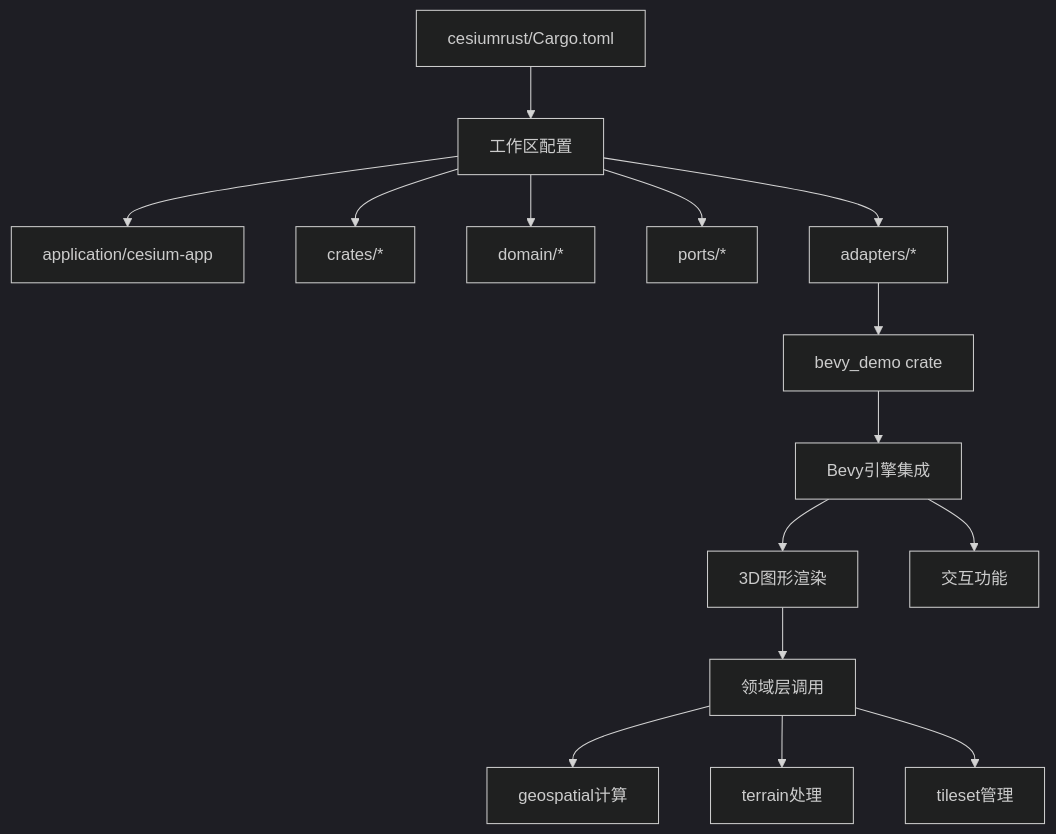
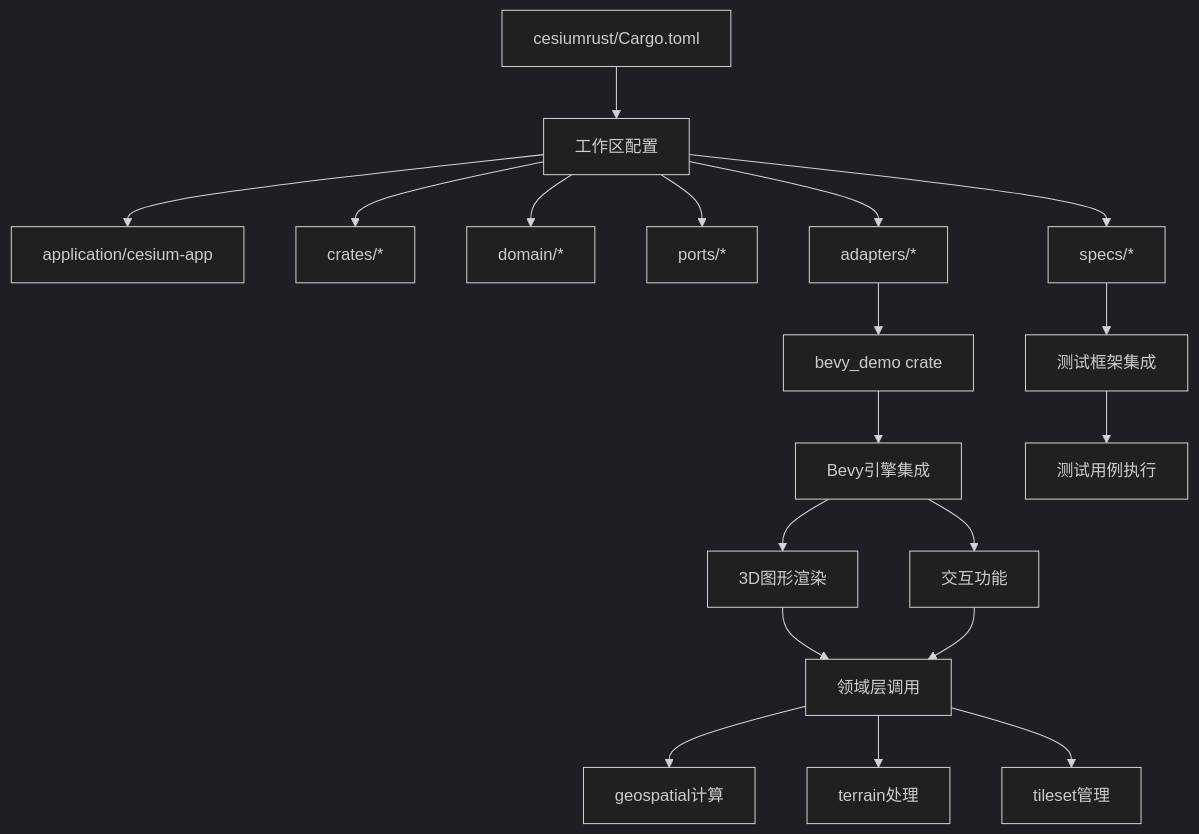
The fifth of 7 diagrams in .qoder/repowiki/zh/content/构建与部署/构建系统配置/构建系统配置.md (rzhangjing/cesium), drawn with Mermaid (dark theme) before and after one commit. The commit also changed other lines of this file and 38 other files, not shown here.

````diff
--- a/.qoder/repowiki/zh/content/构建与部署/构建系统配置/构建系统配置.md
+++ b/.qoder/repowiki/zh/content/构建与部署/构建系统配置/构建系统配置.md
@@ -270,17 +315,21 @@
 ```mermaid
 graph TB
 A["cesiumrust/Cargo.toml"] --> B["工作区配置"]
 B --> C["application/cesium-app"]
 B --> D["crates/*"]
 B --> E["domain/*"]
 B --> F["ports/*"]
 B --> G["adapters/*"]
-G --> H["bevy_demo crate"]
-H --> I["Bevy引擎集成"]
-I --> J["3D图形渲染"]
-I --> K["交互功能"]
-J --> L["领域层调用"]
-L --> M["geospatial计算"]
-L --> N["terrain处理"]
-L --> O["tileset管理"]
+B --> H["specs/*"]
+G --> I["bevy_demo crate"]
+H --> J["测试框架集成"]
+I --> K["Bevy引擎集成"]
+J --> L["测试用例执行"]
+K --> M["3D图形渲染"]
+K --> N["交互功能"]
+M --> O["领域层调用"]
+N --> O
+O --> P["geospatial计算"]
+O --> Q["terrain处理"]
+O --> R["tileset管理"]
 ```
````
